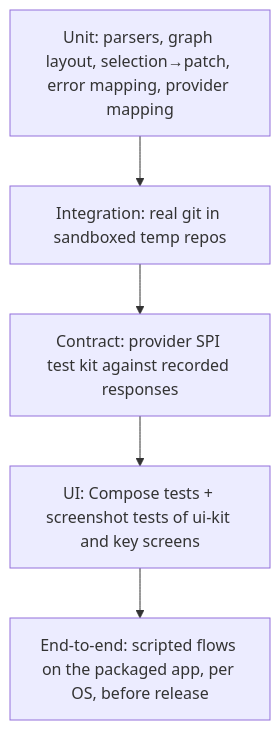
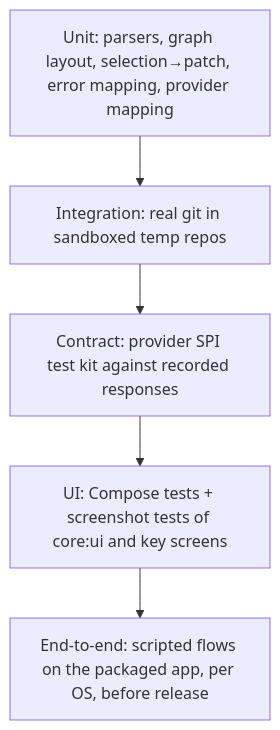
The diagram in docs/design/04 - Development/03 - Testing Strategy.md (srctool/graft), drawn with Mermaid before and after one commit. The commit also changed other lines of this file and 23 other files, not shown here.

````diff
--- a/docs/design/04 - Development/03 - Testing Strategy.md
+++ b/docs/design/04 - Development/03 - Testing Strategy.md
@@ -15,7 +15,7 @@
 ```mermaid
 flowchart TB
     U["Unit: parsers, graph layout, selection→patch, error mapping, provider mapping"] --> I["Integration: real git in sandboxed temp repos"]
     I --> C["Contract: provider SPI test kit against recorded responses"]
-    C --> UI["UI: Compose tests + screenshot tests of ui-kit and key screens"]
+    C --> UI["UI: Compose tests + screenshot tests of core:ui and key screens"]
     UI --> E["End-to-end: scripted flows on the packaged app, per OS, before release"]
 ```
````
